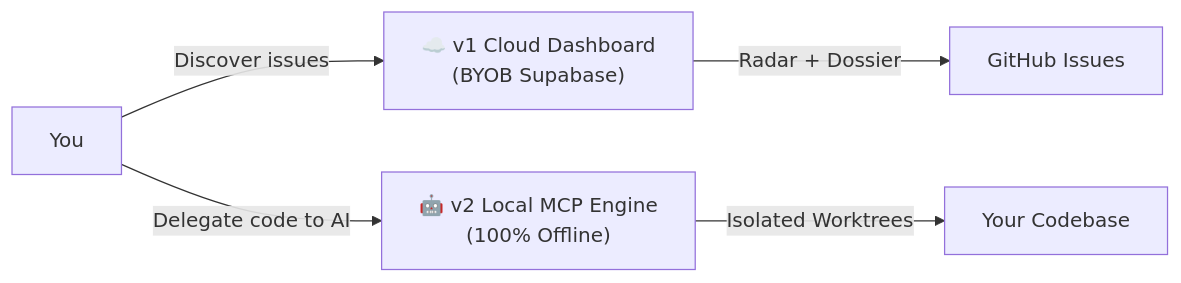
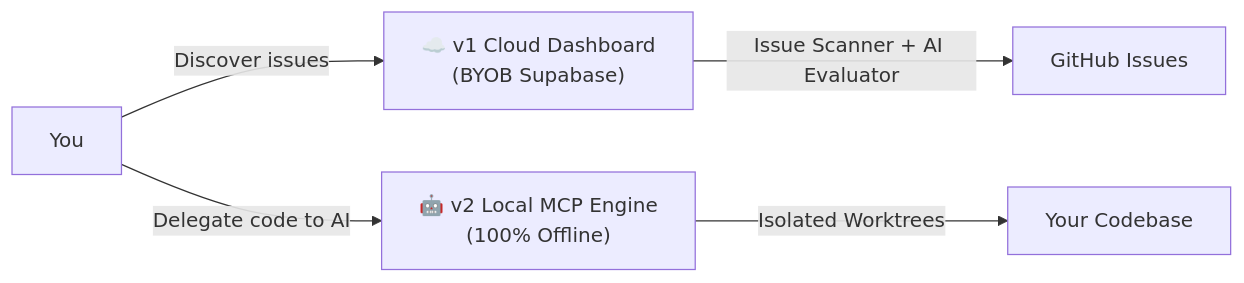
Before and after one commit to Rahul-pamula/Open_Source_Scout: the diagram in apps/web/src/content/user-guide/01_Getting_Started/01_Welcome.md, drawn with Mermaid. The commit also changed 8 other files, not shown here.

Commit message:
chore(web): rename 'Radar' to 'Issue Scanner' and 'Dossier' to 'AI Evaluator' across docs and UI

````diff
--- a/apps/web/src/content/user-guide/01_Getting_Started/01_Welcome.md
+++ b/apps/web/src/content/user-guide/01_Getting_Started/01_Welcome.md
@@ -25,7 +25,7 @@
 ```mermaid
 flowchart LR
     A[You] -->|Discover issues| B["☁️ v1 Cloud Dashboard\n(BYOB Supabase)"]
     A -->|Delegate code to AI| C["🤖 v2 Local MCP Engine\n(100% Offline)"]
-    B -->|Radar + Dossier| D[GitHub Issues]
+    B -->|Issue Scanner + AI Evaluator| D[GitHub Issues]
     C -->|Isolated Worktrees| E[Your Codebase]
 ```
````
